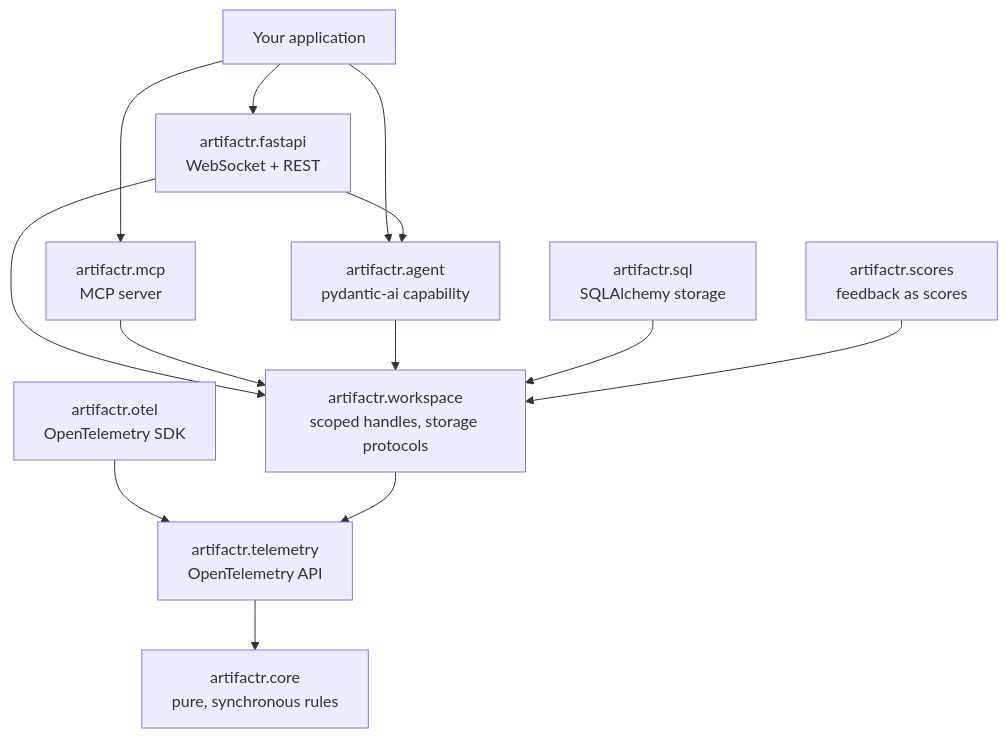
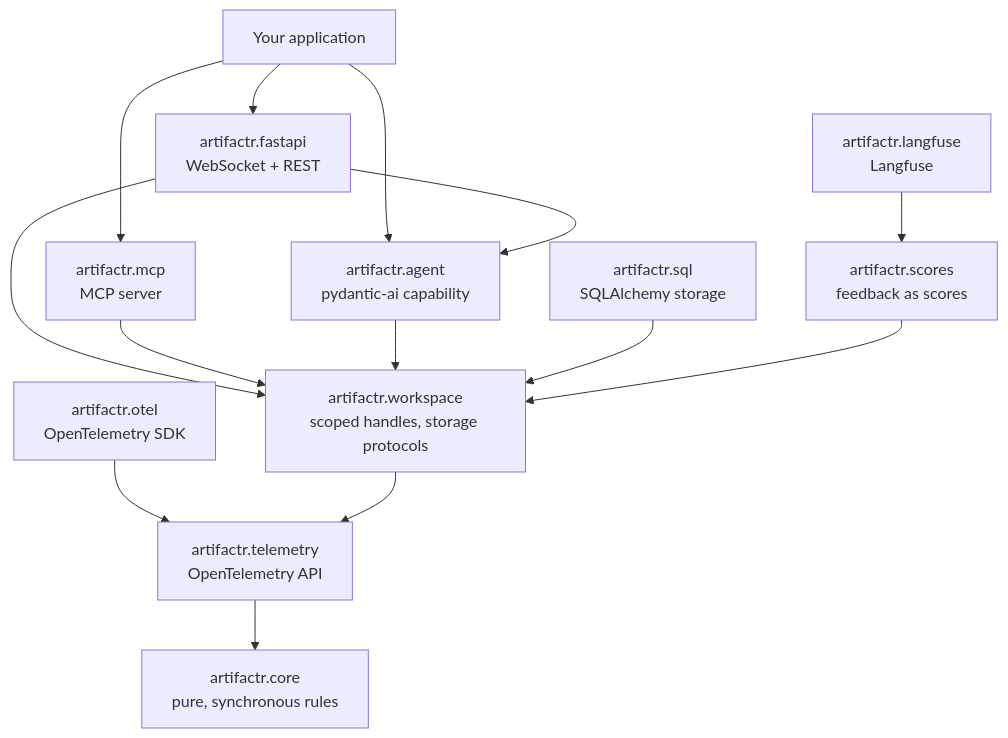
Before and after one commit to alexnodeland/artifactr: the first of 3 diagrams in docs/architecture.md, drawn with Mermaid. The commit also changed other lines of this file and 22 other files, not shown here.

First line of the commit message:
feat(langfuse): the Langfuse adapter for traces and feedback scores (#30)

````diff
--- a/docs/architecture.md
+++ b/docs/architecture.md
@@ -53,15 +53,16 @@
 ```mermaid
 graph TD
     app["Your application"] --> fastapi["artifactr.fastapi<br/>WebSocket + REST"]
     app --> mcp["artifactr.mcp<br/>MCP server"]
     app --> agent
     fastapi --> agent["artifactr.agent<br/>pydantic-ai capability"]
     fastapi --> workspace
     mcp --> workspace
     agent --> workspace["artifactr.workspace<br/>scoped handles, storage protocols"]
     sql["artifactr.sql<br/>SQLAlchemy storage"] --> workspace
     scores["artifactr.scores<br/>feedback as scores"] --> workspace
     otel["artifactr.otel<br/>OpenTelemetry SDK"] --> telemetry
+    langfuse["artifactr.langfuse<br/>Langfuse"] --> scores
     workspace --> telemetry["artifactr.telemetry<br/>OpenTelemetry API"]
     telemetry --> core["artifactr.core<br/>pure, synchronous rules"]
 ```
````
